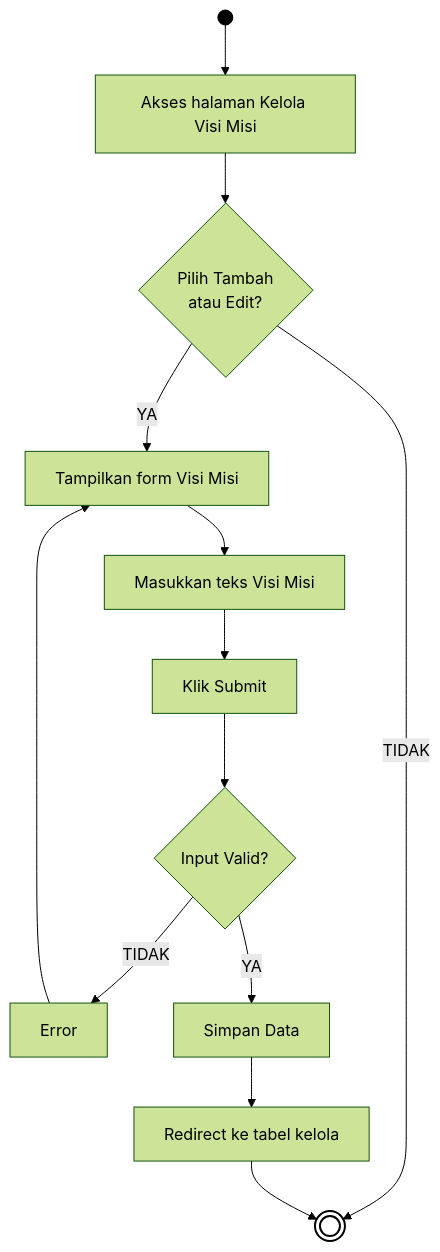
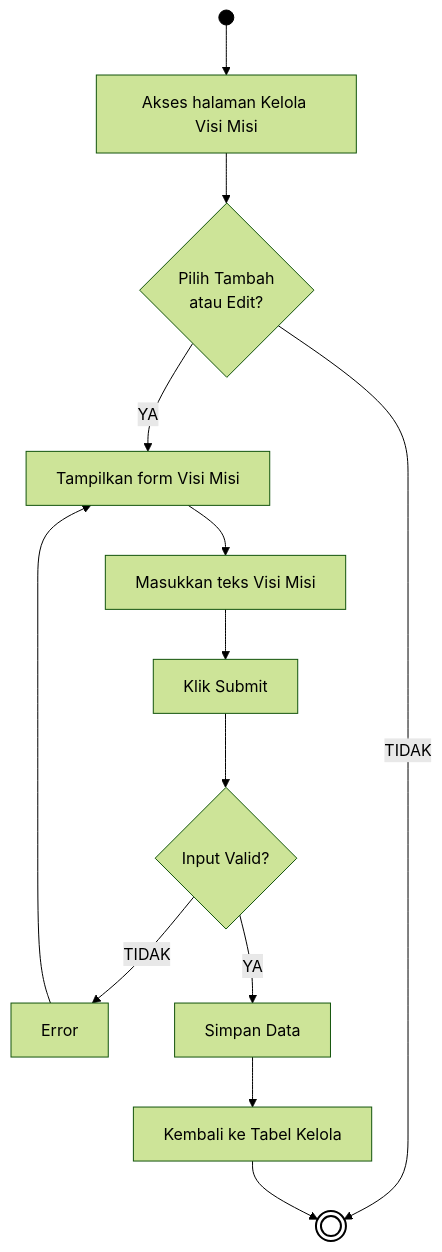
The second of 5 diagrams in docs/01_DIAGRAM_AKTIVITAS.md (arbain-dev/Web_fikom), drawn with Mermaid (forest theme) before and after one commit. The commit also changed other lines of this file, not shown here.

Commit message:
docs: mengubah kata teknis Redirect menjadi bahasa sederhana di 01_DIAGRAM_AKTIVITAS

````diff
--- a/docs/01_DIAGRAM_AKTIVITAS.md
+++ b/docs/01_DIAGRAM_AKTIVITAS.md
@@ -50,23 +50,23 @@
 ```mermaid
 flowchart TD
     Start(( )) --> A[Akses halaman Kelola Visi Misi]
     
     A --> B{Pilih Tambah\natau Edit?}
     
     B -- YA --> C[Tampilkan form Visi Misi]
     B -- TIDAK --> End((( )))
     
     C --> D[Masukkan teks Visi Misi]
     D --> E[Klik Submit]
     E --> F{Input Valid?}
     
     F -- TIDAK --> G[Error]
     G --> C
     
     F -- YA --> H[Simpan Data]
-    H --> I[Redirect ke tabel kelola]
+    H --> I[Kembali ke Tabel Kelola]
     I --> End
     
     style Start fill:#000,stroke:#000,color:#000
     style End fill:#fff,stroke:#000,stroke-width:2px
 ```
````
